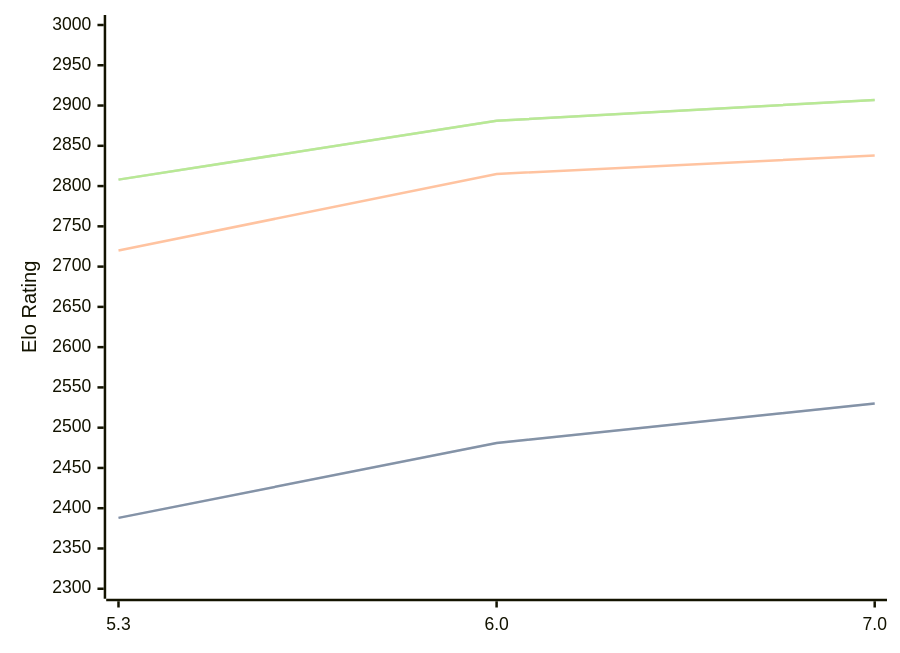
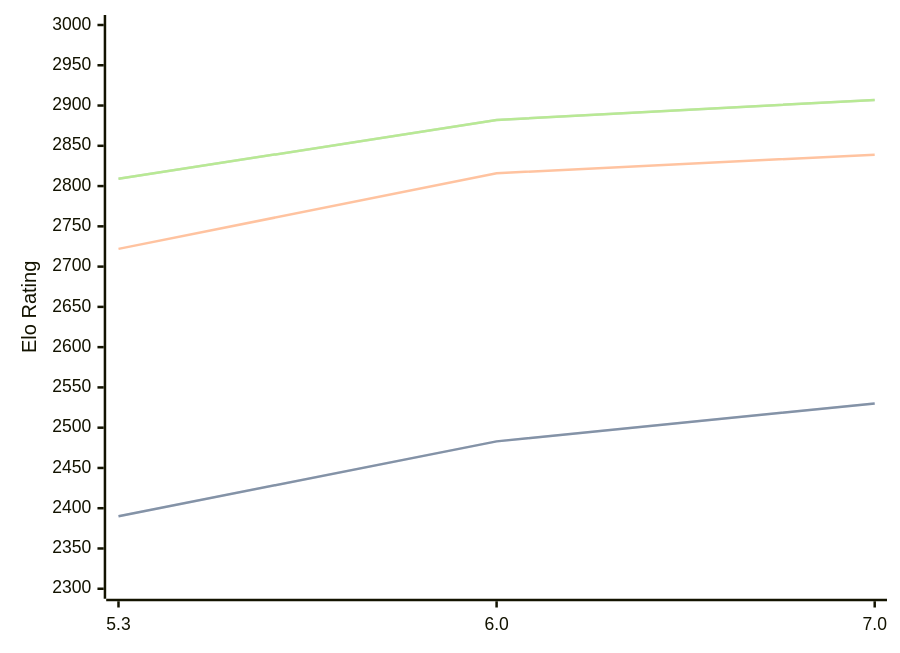
One commit to computer-chess-index/cci changed the diagram in engines/tomitankChess.md. Above: the diagram before and after it, drawn with Mermaid. The commit also changed other lines of this file, not shown here.

Commit message:
Update CCI Ratings (ELO VLTC) - 2026-09-08

````diff
--- a/engines/tomitankChess.md
+++ b/engines/tomitankChess.md
@@ -33,11 +33,11 @@
 ```mermaid
 %%{init: {"theme":"base","themeVariables":{"seriesColors:['#a3a3a3','#222221','#faa371']}}}%%
 xychart-beta
   x-axis ["5.3", "6.0", "7.0"]
   y-axis "Elo Rating" 2300 --> 3000
-  line "" [2388, 2481, 2530]
-  line "STC (8.0+0.08s)" [2388, 2481, 2530]
-  line "LTC (60.0+0.60s)" [2720, 2815, 2838]
-  line "" [2808, 2881, 2907]
-  line "VLTC (2m24s+1.12s)" [2808, 2881, 2907]
+  line "" [2390, 2483, 2530]
+  line "STC (8.0+0.08s)" [2390, 2483, 2530]
+  line "LTC (60.0+0.60s)" [2722, 2816, 2839]
+  line "" [2809, 2882, 2907]
+  line "VLTC (2m24s+1.12s)" [2809, 2882, 2907]
 ```
````
